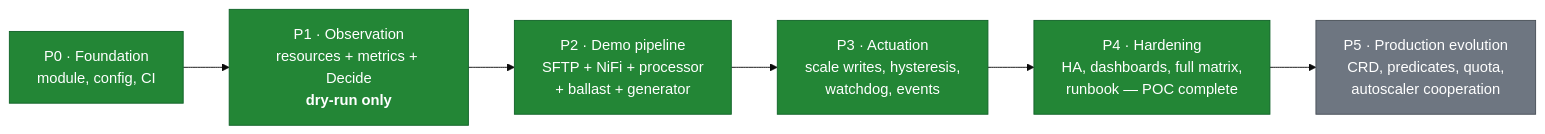
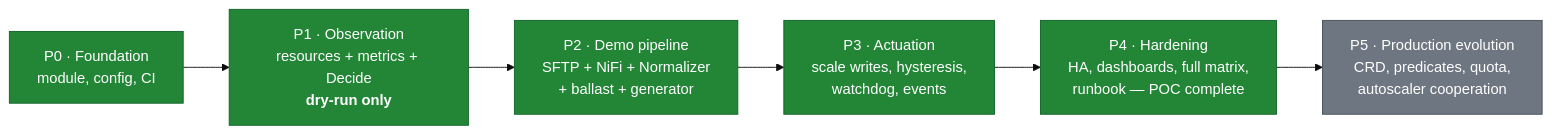
The first of 2 diagrams in docs/implementation-plan.md (jensilin/KubeScaleSense), drawn with Mermaid (base theme) before and after one commit. The commit also changed other lines of this file and 8 other files, not shown here.

Commit message:
docs: simplify KubeScaleSense architecture

````diff
--- a/docs/implementation-plan.md
+++ b/docs/implementation-plan.md
@@ -45,13 +61,13 @@
 ```mermaid
 flowchart LR
     P0["P0 · Foundation<br/>module, config, CI"] --> P1["P1 · Observation<br/>resources + metrics + Decide<br/><b>dry-run only</b>"]
-    P1 --> P2["P2 · Demo pipeline<br/>SFTP + NiFi + processor<br/>+ ballast + generator"]
+    P1 --> P2["P2 · Demo pipeline<br/>SFTP + NiFi + Normalizer<br/>+ ballast + generator"]
     P2 --> P3["P3 · Actuation<br/>scale writes, hysteresis,<br/>watchdog, events"]
     P3 --> P4["P4 · Hardening<br/>HA, dashboards, full matrix,<br/>runbook — POC complete"]
     P4 --> P5["P5 · Production evolution<br/>CRD, predicates, quota,<br/>autoscaler cooperation"]
 
     classDef poc fill:#238636,color:#fff,stroke:#116329
     classDef future fill:#6e7681,color:#fff,stroke:#484f58
     class P0,P1,P2,P3,P4 poc
     class P5 future
 ```
````
